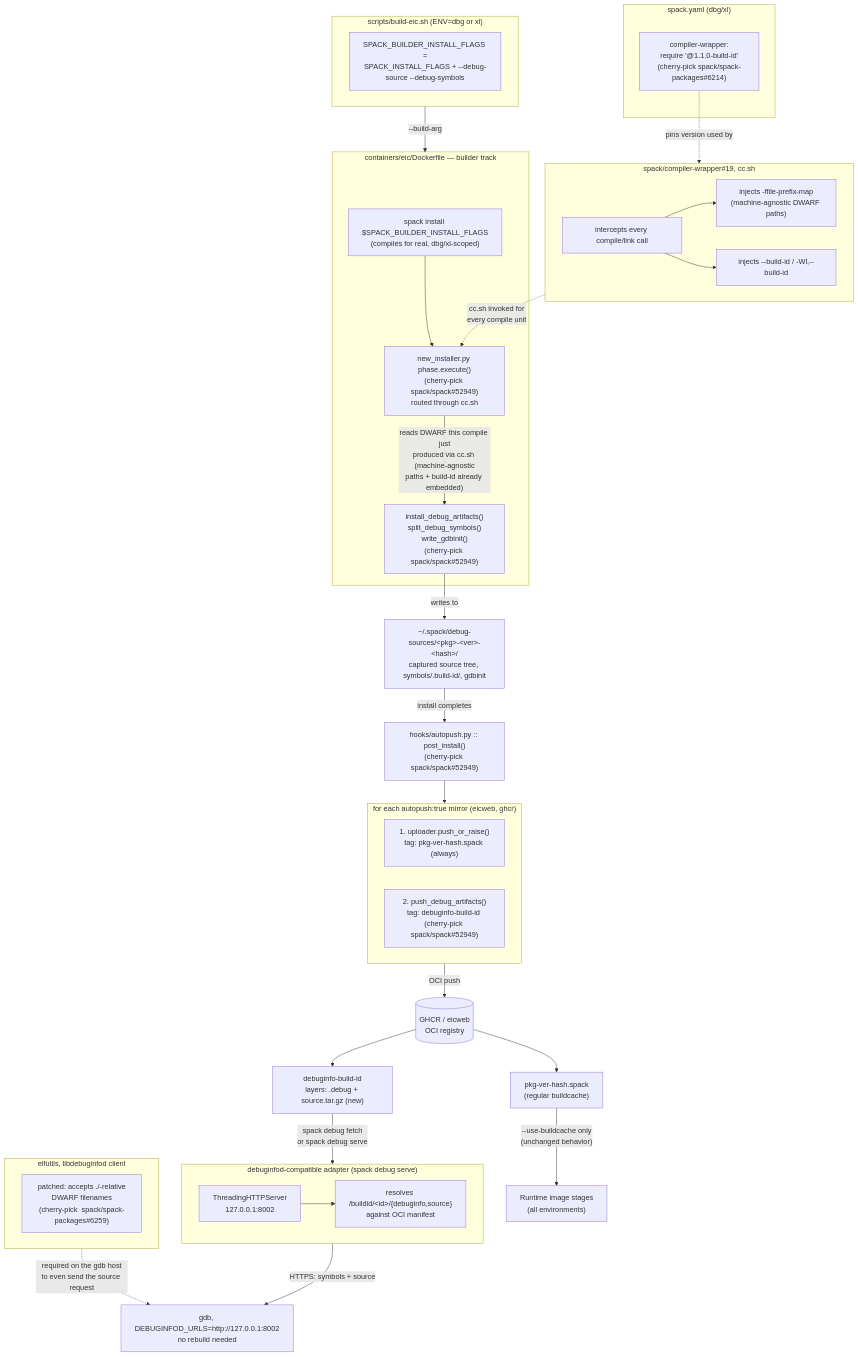
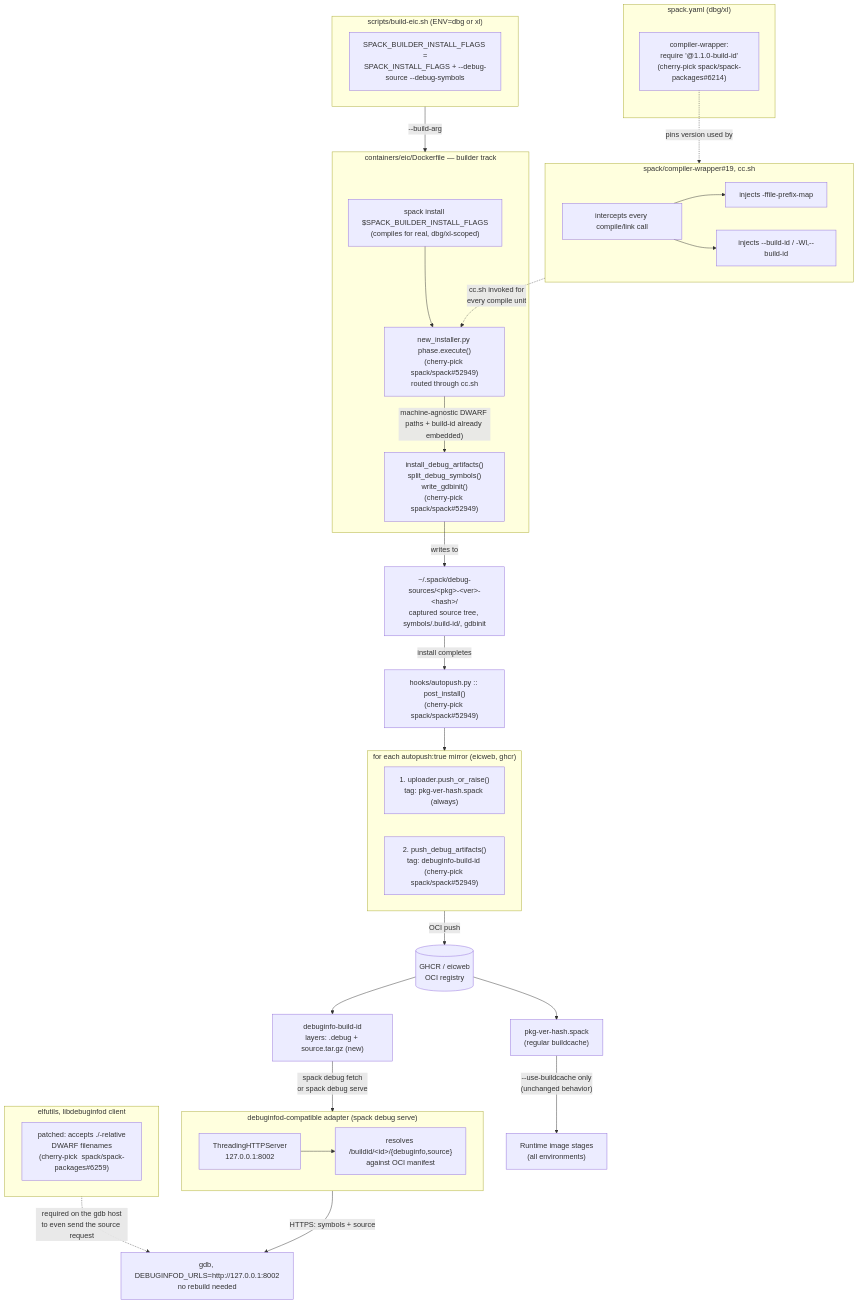
The second of 2 diagrams in eic_integration/README.md (SebastianPaucar/Spack-Debuggable-Installations), drawn with Mermaid before and after one commit.

````diff
--- a/eic_integration/README.md
+++ b/eic_integration/README.md
@@ -92,65 +92,65 @@
 ```mermaid
 flowchart TB
     subgraph Build["scripts/build-eic.sh (ENV=dbg or xl)"]
         F1["SPACK_BUILDER_INSTALL_FLAGS =<br/>SPACK_INSTALL_FLAGS + --debug-source --debug-symbols"]
     end
 
     Build -->|--build-arg| Docker
 
     subgraph Env["spack.yaml (dbg/xl)"]
         E1["compiler-wrapper:<br/>require '@1.1.0-build-id'<br/>(cherry-pick spack/spack-packages#6214)"]
     end
 
     subgraph Wrapper["spack/compiler-wrapper#19, cc.sh"]
         W1["intercepts every compile/link call"]
-        W2["injects -ffile-prefix-map<br/>(machine-agnostic DWARF paths)"]
+        W2["injects -ffile-prefix-map"]
         W3["injects --build-id / -Wl,--build-id"]
         W1 --> W2
         W1 --> W3
     end
 
     E1 -.->|pins version used by| Wrapper
 
     subgraph Docker["containers/eic/Dockerfile — builder track"]
         D1["spack install $SPACK_BUILDER_INSTALL_FLAGS<br/>(compiles for real, dbg/xl-scoped)"]
         D2["new_installer.py phase.execute()<br/>(cherry-pick spack/spack#52949)<br/>routed through cc.sh"]
         D3["install_debug_artifacts()<br/>split_debug_symbols()<br/>write_gdbinit()<br/>(cherry-pick spack/spack#52949)"]
 	D1 --> D2
-        D2 -->|"reads DWARF this compile just<br/>produced via cc.sh (machine-agnostic<br/>paths + build-id already embedded)"| D3
+        D2 -->|"machine-agnostic DWARF paths + build-id already embedded)"| D3
     end
 
     Wrapper -.->|"cc.sh invoked for<br/>every compile unit"| D2
 
     D3 -->|writes to| Cache["~/.spack/debug-sources/&lt;pkg&gt;-&lt;ver&gt;-&lt;hash&gt;/<br/>captured source tree, symbols/.build-id/, gdbinit"]
 
     Cache -->|install completes| Hook["hooks/autopush.py :: post_install()<br/>(cherry-pick spack/spack#52949)"]
 
     subgraph Hook_detail["for each autopush:true mirror (eicweb, ghcr)"]
         H1["1. uploader.push_or_raise()<br/>tag: pkg-ver-hash.spack (always)"]
         H2["2. push_debug_artifacts()<br/>tag: debuginfo-build-id (cherry-pick spack/spack#52949)"]
     end
 
     Hook --> Hook_detail
     Hook_detail -->|OCI push| Registry[("GHCR / eicweb<br/>OCI registry")]
 
     Registry --> R1["pkg-ver-hash.spack<br/>(regular buildcache)"]
     Registry --> R2["debuginfo-build-id<br/>layers: .debug + source.tar.gz (new)"]
 
     R1 -->|"--use-buildcache only<br/>(unchanged behavior)"| Runtime["Runtime image stages<br/>(all environments)"]
 
     R2 -->|"spack debug fetch<br/>or spack debug serve"| Adapter
 
     subgraph Adapter["debuginfod-compatible adapter (spack debug serve)"]
         A1["ThreadingHTTPServer<br/>127.0.0.1:8002"]
         A2["resolves /buildid/&lt;id&gt;/{debuginfo,source}<br/>against OCI manifest"]
         A1 --> A2
     end
     
     subgraph Elfutils["elfutils, libdebuginfod client"]
         EL1["patched: accepts ./-relative<br/>DWARF filenames<br/>(cherry-pick  spack/spack-packages#6259)"]
     end
 
     Elfutils -.->|"required on the gdb host<br/>to even send the source request"| GDB
 
     Adapter -->|"HTTPS: symbols + source"| GDB["gdb, DEBUGINFOD_URLS=http://127.0.0.1:8002<br/>no rebuild needed"]
 ```
````
